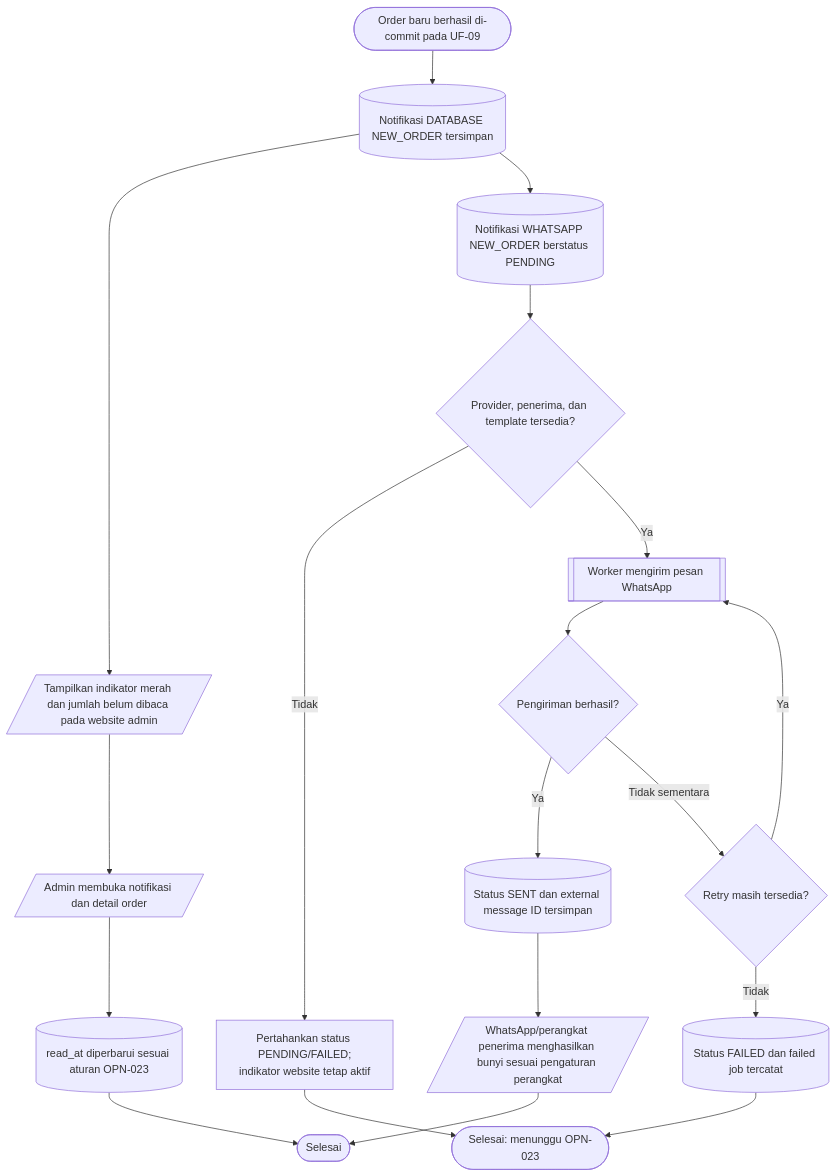
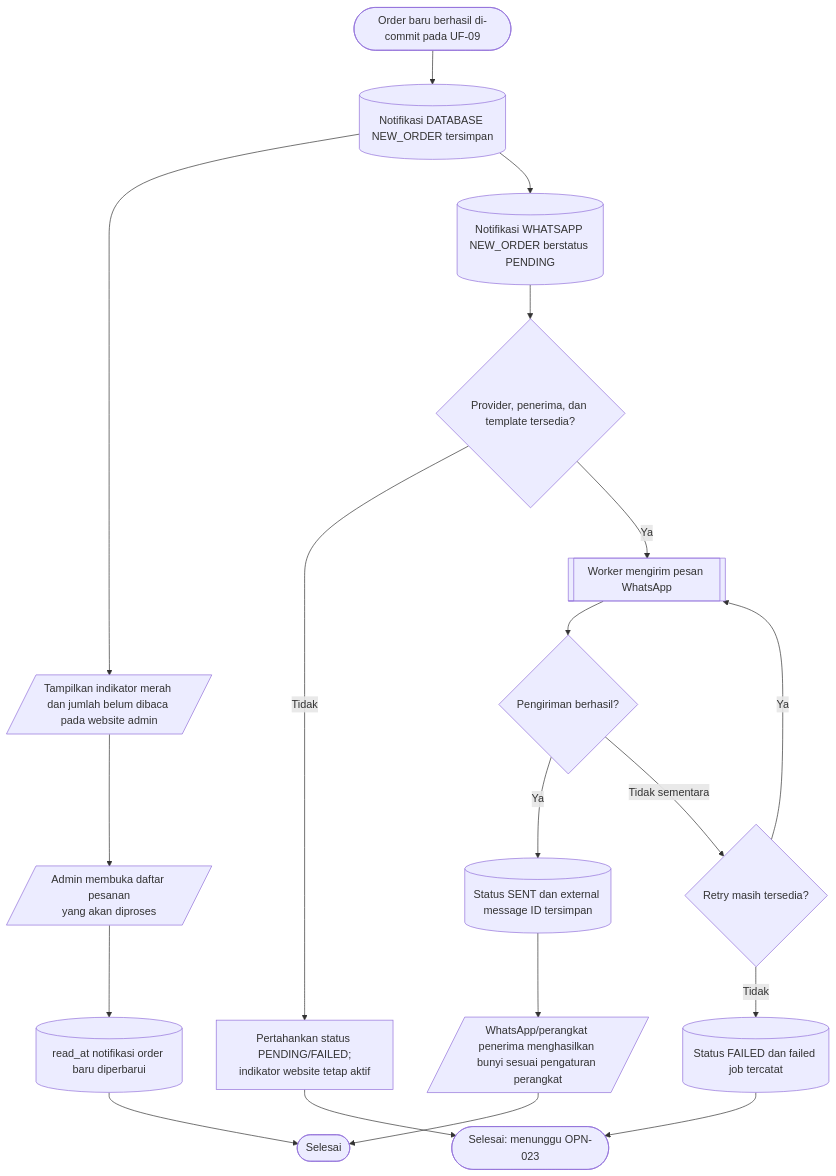
Diagram 19 of 19 in docs/design/USER_FLOWS.md (Webekspres/pixel-komunika), drawn with Mermaid before and after one commit. The commit also changed other lines of this file and 9 other files, not shown here.

````diff
--- a/docs/design/USER_FLOWS.md
+++ b/docs/design/USER_FLOWS.md
@@ -649,21 +654,21 @@
 ```mermaid
 flowchart TD
     A(["Order baru berhasil di-commit pada UF-09"]) --> B[("Notifikasi DATABASE NEW_ORDER tersimpan")]
     B --> C[/"Tampilkan indikator merah dan jumlah belum dibaca pada website admin"/]
     B --> D[("Notifikasi WHATSAPP NEW_ORDER berstatus PENDING")]
     D --> E{"Provider, penerima, dan template tersedia?"}
     E -->|Tidak| F["Pertahankan status PENDING/FAILED;<br/>indikator website tetap aktif"]
     F --> G(["Selesai: menunggu OPN-023"])
     E -->|Ya| H[["Worker mengirim pesan WhatsApp"]]
     H --> I{"Pengiriman berhasil?"}
     I -->|Ya| J[("Status SENT dan external message ID tersimpan")]
     J --> K[/"WhatsApp/perangkat penerima menghasilkan bunyi sesuai pengaturan perangkat"/]
     K --> L(["Selesai"])
     I -->|Tidak sementara| M{"Retry masih tersedia?"}
     M -->|Ya| H
     M -->|Tidak| N[("Status FAILED dan failed job tercatat")]
     N --> G
-    C --> O[/"Admin membuka notifikasi dan detail order"/]
-    O --> P[("read_at diperbarui sesuai aturan OPN-023")]
+    C --> O[/"Admin membuka daftar pesanan<br/>yang akan diproses"/]
+    O --> P[("read_at notifikasi order baru diperbarui")]
     P --> L
 ```
````
